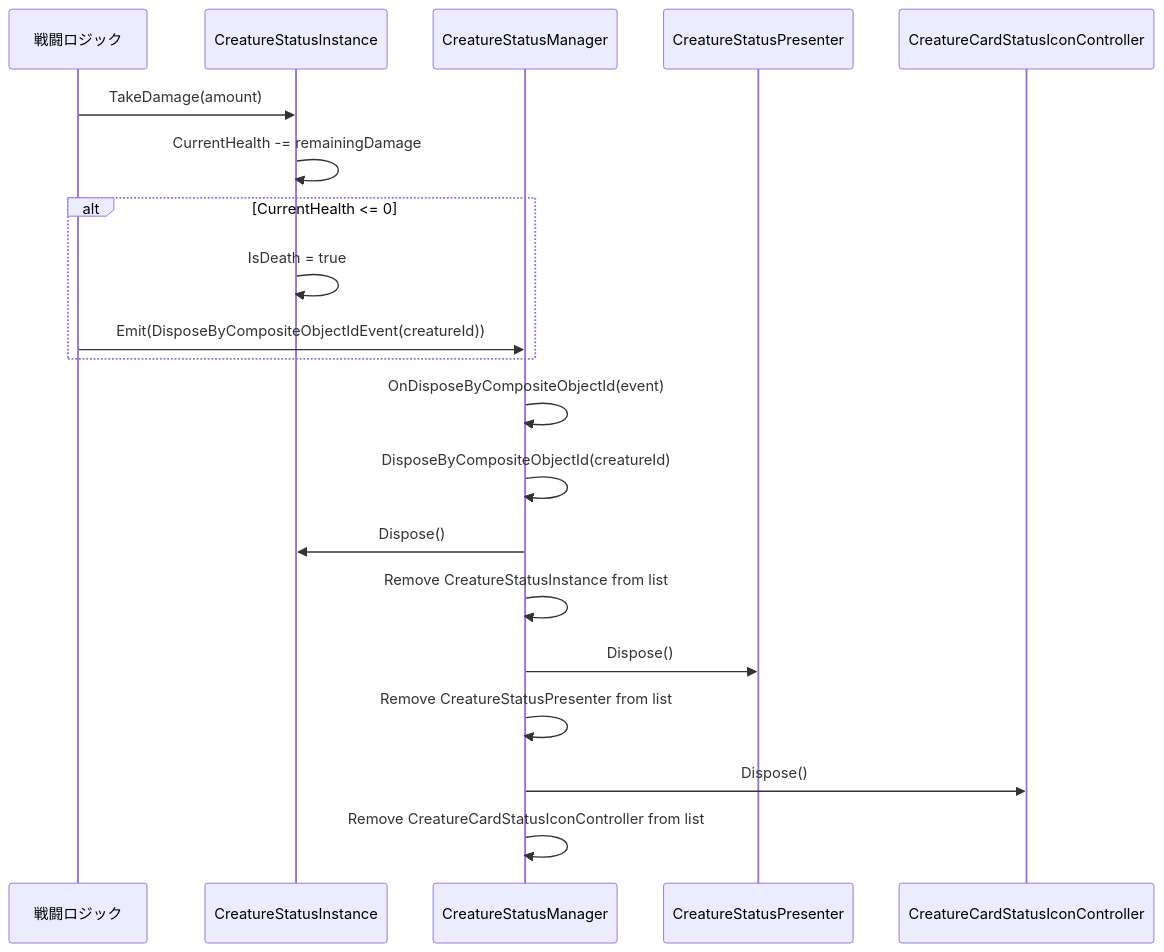
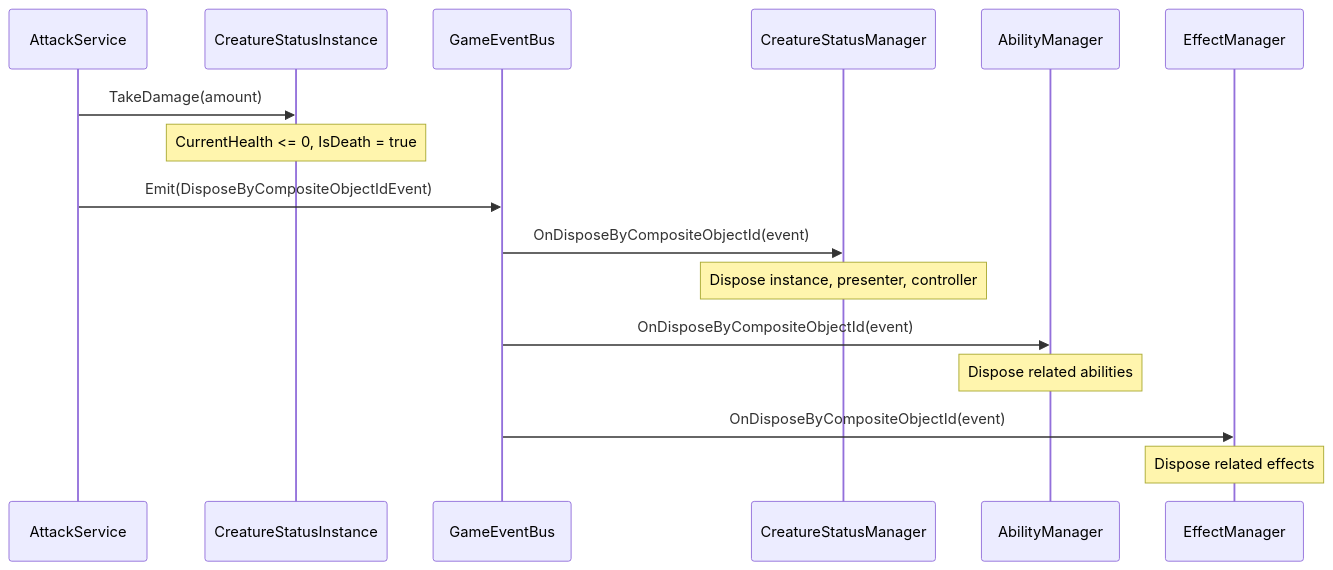
One commit to Nekodamasi/CardsAndDicesProject changed the third of 3 diagrams in CardsAndDicesProject/Assets/CardsAndDices/Docs/sys/sys_creature_status_management.md. Above: the diagram before and after it, drawn with Mermaid. The commit also changed other lines of this file and 11 other files, not shown here.

````diff
--- a/CardsAndDicesProject/Assets/CardsAndDices/Docs/sys/sys_creature_status_management.md
+++ b/CardsAndDicesProject/Assets/CardsAndDices/Docs/sys/sys_creature_status_management.md
@@ -287,23 +181,19 @@
 ```mermaid
 sequenceDiagram
-    participant CombatLogic as 戦闘ロジック
-    participant CreatureStatusInstance as CreatureStatusInstance
-    participant CreatureStatusManager as CreatureStatusManager
-    participant CreatureStatusPresenter as CreatureStatusPresenter
-    participant CreatureCardStatusIconController as CreatureCardStatusIconController
+    participant AttackService
+    participant CreatureStatusInstance
+    participant GameEventBus
+    participant CreatureStatusManager
+    participant AbilityManager
+    participant EffectManager
 
-    CombatLogic->>CreatureStatusInstance: TakeDamage(amount)
-    CreatureStatusInstance->>CreatureStatusInstance: CurrentHealth -= remainingDamage
-    alt CurrentHealth <= 0
-        CreatureStatusInstance->>CreatureStatusInstance: IsDeath = true
-        CombatLogic->>CreatureStatusManager: Emit(DisposeByCompositeObjectIdEvent(creatureId))
-    end
-    CreatureStatusManager->>CreatureStatusManager: OnDisposeByCompositeObjectId(event)
-    CreatureStatusManager->>CreatureStatusManager: DisposeByCompositeObjectId(creatureId)
-    CreatureStatusManager->>CreatureStatusInstance: Dispose()
-    CreatureStatusManager->>CreatureStatusManager: Remove CreatureStatusInstance from list
-    CreatureStatusManager->>CreatureStatusPresenter: Dispose()
-    CreatureStatusManager->>CreatureStatusManager: Remove CreatureStatusPresenter from list
-    CreatureStatusManager->>CreatureCardStatusIconController: Dispose()
-    CreatureStatusManager->>CreatureStatusManager: Remove CreatureCardStatusIconController from list
+    AttackService->>CreatureStatusInstance: TakeDamage(amount)
+    Note over CreatureStatusInstance: CurrentHealth <= 0, IsDeath = true
+    AttackService->>GameEventBus: Emit(DisposeByCompositeObjectIdEvent)
+    GameEventBus->>CreatureStatusManager: OnDisposeByCompositeObjectId(event)
+    Note over CreatureStatusManager: Dispose instance, presenter, controller
+    GameEventBus->>AbilityManager: OnDisposeByCompositeObjectId(event)
+    Note over AbilityManager: Dispose related abilities
+    GameEventBus->>EffectManager: OnDisposeByCompositeObjectId(event)
+    Note over EffectManager: Dispose related effects
 ```
````
